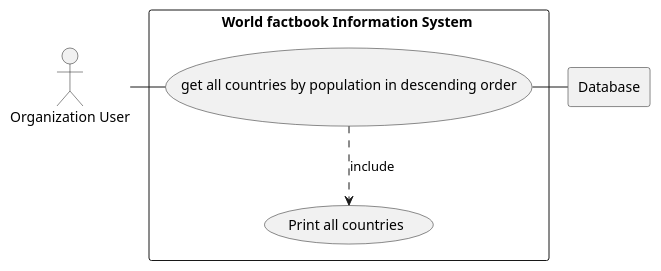
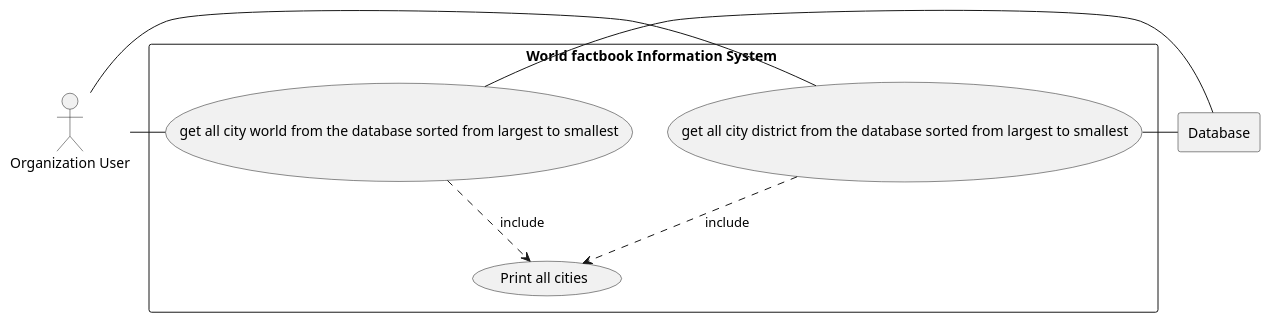
One commit to EinGyinMoe/Group3 changed the diagram in use-cases/World FactBook Info.puml. Above: the diagram before and after it, drawn with PlantUML.

Commit message:
Some Use case defined.

```diff
--- a/use-cases/World FactBook Info.puml
+++ b/use-cases/World FactBook Info.puml
@@ -1,17 +1,22 @@
 @startuml
 
 actor user as "Organization User"
 
 rectangle Database
 
 rectangle "World factbook Information System " {
-   usecase UC4 as "get all countries by population in descending order"
+   usecase UC1 as "get all city district from the database sorted from largest to smallest"
+   usecase UC2 as "get all city world from the database sorted from largest to smallest"
 
-    usecase UCa as "Print all countries"
+    usecase UCa as "Print all cities"
 
-    user - UC4
-    UC4 ..> UCa : include
-    UC4 - Database
+    user - UC1
+    UC1 ..> UCa : include
+    UC1 - Database
+    user - UC2
+    UC2 ..> UCa : include
+    UC2 - Database
+
 }
 
 @enduml
```
